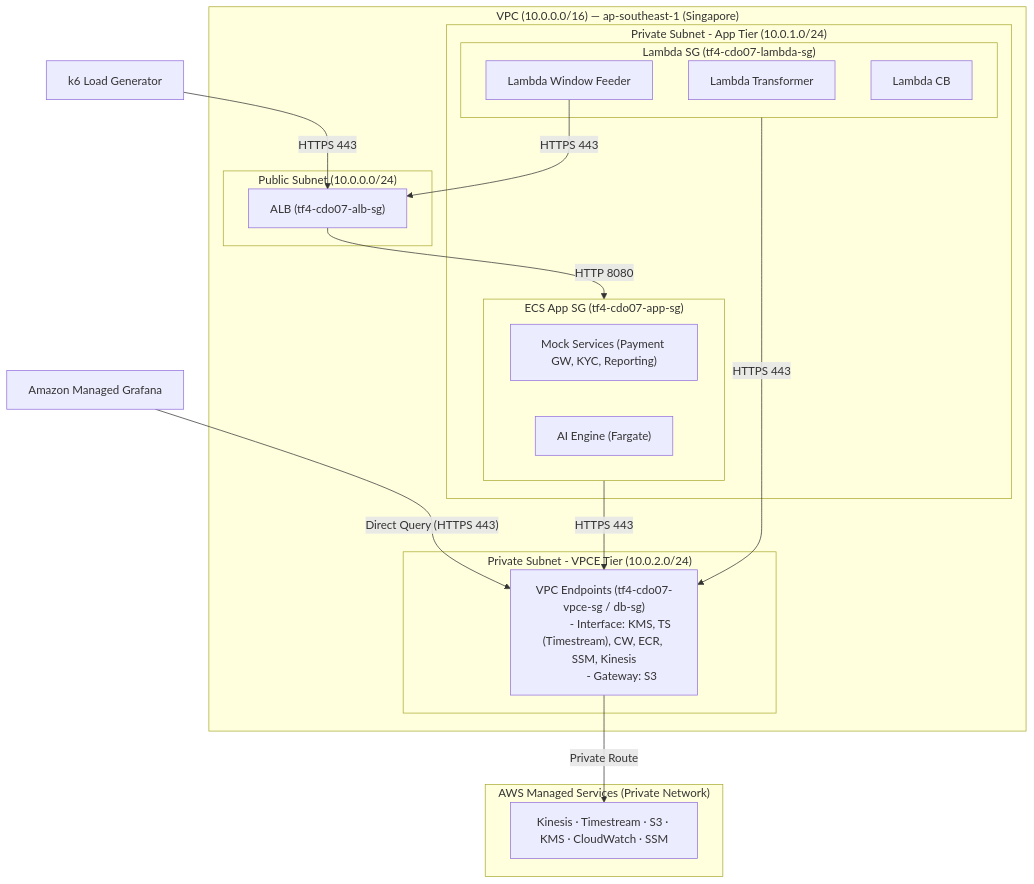
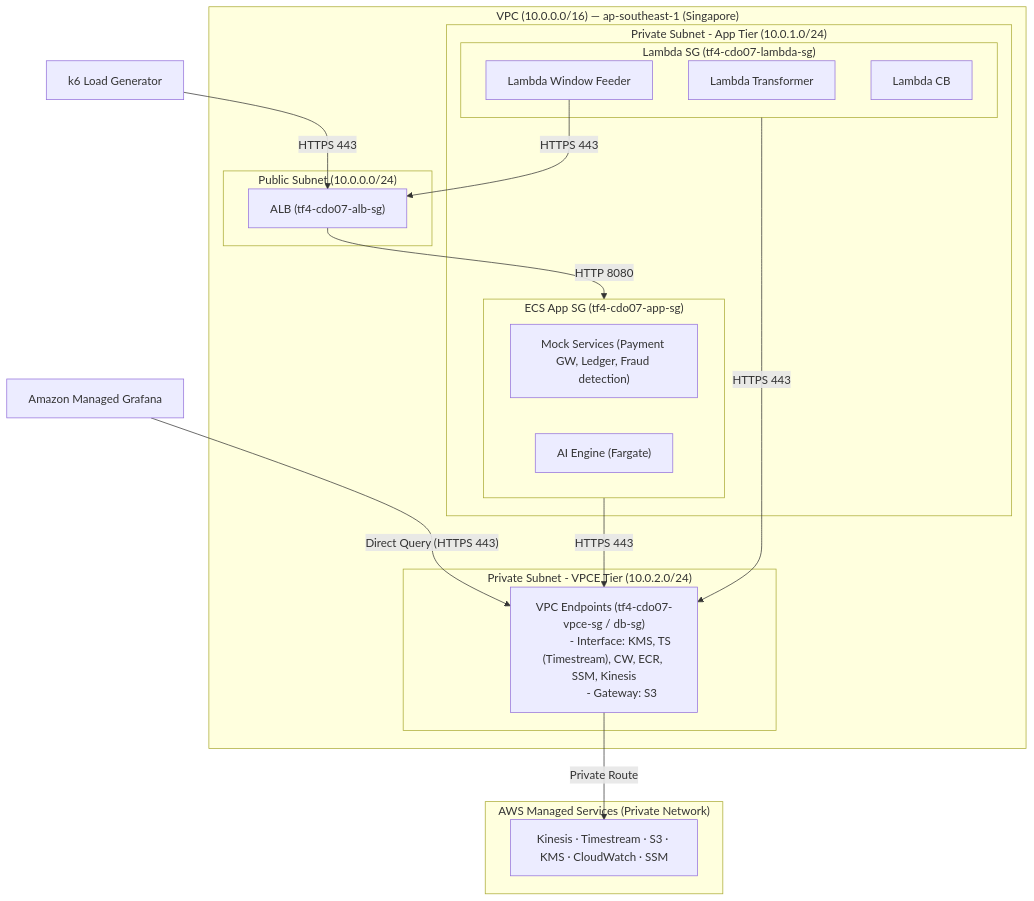
The first of 2 diagrams in xbrain-learners/capstone/tf-4/cdo-07/docs/03_security_design.md (hunghk43/CDO-07-Capstone-phase2), drawn with Mermaid before and after one commit.

Commit message:
feat: update services diagram network

````diff
--- a/xbrain-learners/capstone/tf-4/cdo-07/docs/03_security_design.md
+++ b/xbrain-learners/capstone/tf-4/cdo-07/docs/03_security_design.md
@@ -20,44 +20,44 @@
 ```mermaid
 graph TD
     %% Internet Client
     CLIENT["k6 Load Generator"] -->|"HTTPS 443"| ALB
     
     subgraph VPC["VPC (10.0.0.0/16) — ap-southeast-1 (Singapore)"]
         subgraph PUB_SUB["Public Subnet (10.0.0.0/24)"]
             ALB["ALB (tf4-cdo07-alb-sg)"]
         end
 
         subgraph APP_SUB["Private Subnet - App Tier (10.0.1.0/24)"]
             subgraph APP_SG["ECS App SG (tf4-cdo07-app-sg)"]
-                MOCK["Mock Services (Payment GW, KYC, Reporting)"]
+                MOCK["Mock Services (Payment GW, Ledger, Fraud detection)"]
                 AI["AI Engine (Fargate)"]
             end
             
             subgraph LAMBDA_SG["Lambda SG (tf4-cdo07-lambda-sg)"]
                 L_TRANS["Lambda Transformer"]
                 L_FEED["Lambda Window Feeder"]
                 L_CB["Lambda CB"]
             end
         end
 
         subgraph VPCE_SUB["Private Subnet - VPCE Tier (10.0.2.0/24)"]
             VPCE["VPC Endpoints (tf4-cdo07-vpce-sg / db-sg)
             - Interface: KMS, TS (Timestream), CW, ECR, SSM, Kinesis
             - Gateway: S3"]
         end
     end
 
     subgraph AWS["AWS Managed Services (Private Network)"]
         AWS_SERVS["Kinesis · Timestream · S3 · KMS · CloudWatch · SSM"]
     end
 
     GRAFANA["Amazon Managed Grafana"]
 
     %% Network Security Flows
     ALB -->|"HTTP 8080"| APP_SG
     APP_SG -->|"HTTPS 443"| VPCE
     LAMBDA_SG -->|"HTTPS 443"| VPCE
     VPCE -->|"Private Route"| AWS_SERVS
     GRAFANA -->|"Direct Query (HTTPS 443)"| VPCE
     L_FEED -->|"HTTPS 443"| ALB
 ```
````
